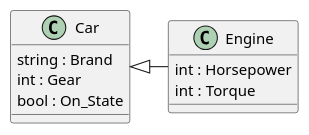
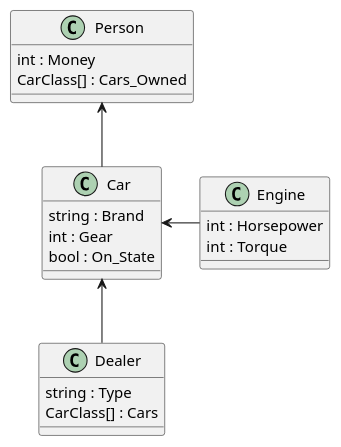
One commit to PausedMagician/CarDealer changed the diagram in Classes.puml. Above: the diagram before and after it, drawn with PlantUML. The commit also changed 5 other files, not shown here.

```diff
--- a/Classes.puml
+++ b/Classes.puml
@@ -1,16 +1,32 @@
-@startuml
+@startuml Classes
+
+
+class Person {
+    int : Money
+    CarClass[] : Cars_Owned
+}
+
+class Dealer {
+    string : Type
+    CarClass[] : Cars
+}
 
 class Car {
     string : Brand
     int : Gear
     bool : On_State
 }
 
 class Engine {
     int : Horsepower
     int : Torque
 }
 
-Engine -left-|> Car
+
+
+Engine -left-> Car
+Dealer -up-> Car
+
+Car -up-> Person
 
 @enduml
```
